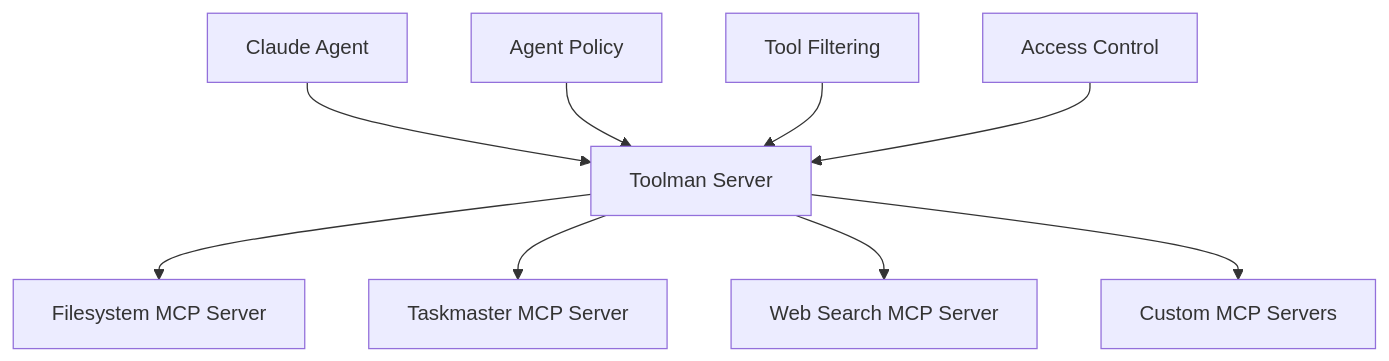
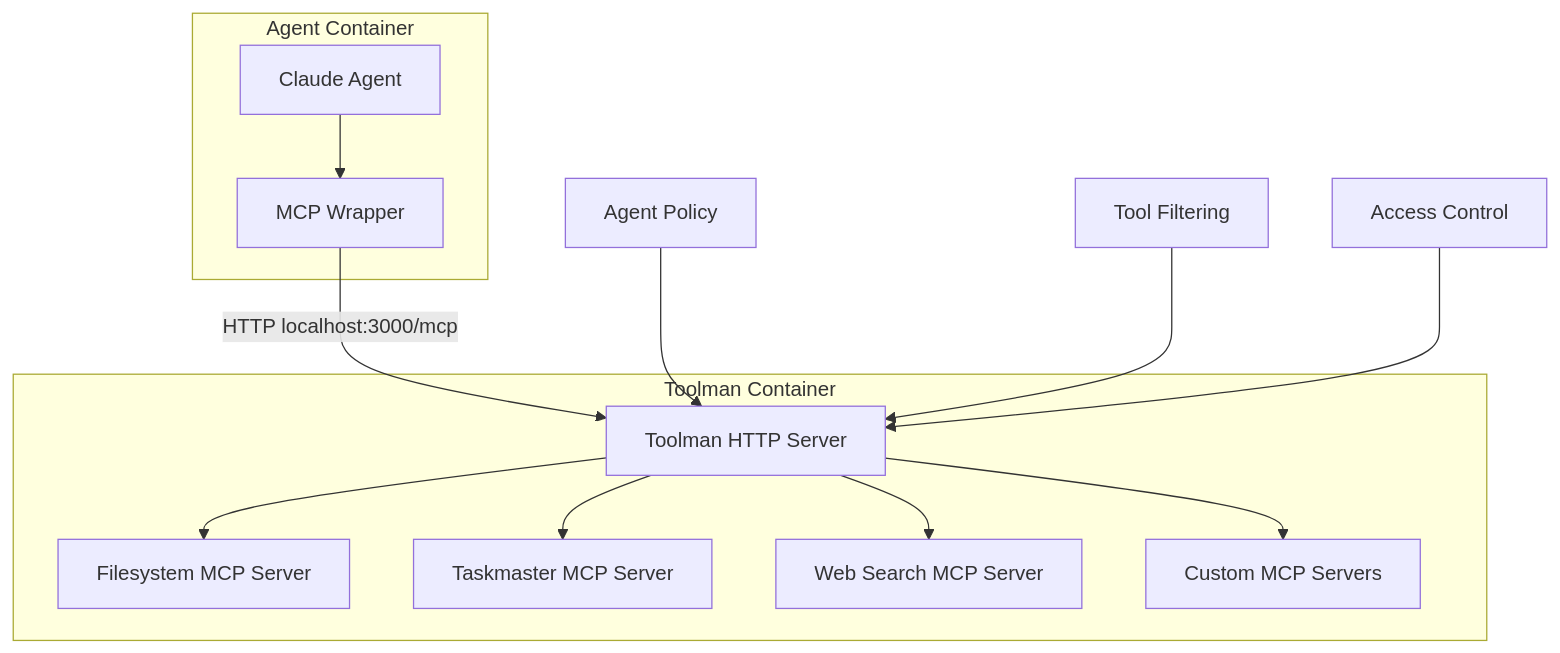
Before and after one commit to 5dlabs/platform: the first of 2 diagrams in docs/toolman-integration-guide.md, drawn with Mermaid. The commit also changed other lines of this file and 8 other files, not shown here.

First line of the commit message:
feat: implement HTTP-based toolman architecture with MCP wrapper

````diff
--- a/docs/toolman-integration-guide.md
+++ b/docs/toolman-integration-guide.md
@@ -9,12 +9,18 @@
 ```mermaid
 graph TD
-    A[Claude Agent] --> B[Toolman Server]
-    B --> C[Filesystem MCP Server]
-    B --> D[Taskmaster MCP Server]
-    B --> E[Web Search MCP Server]
-    B --> F[Custom MCP Servers]
+    subgraph "Agent Container"
+        A[Claude Agent] --> B[MCP Wrapper]
+    end
     
-    G[Agent Policy] --> B
-    H[Tool Filtering] --> B
-    I[Access Control] --> B
+    subgraph "Toolman Container"
+        C[Toolman HTTP Server] --> D[Filesystem MCP Server]
+        C --> E[Taskmaster MCP Server]
+        C --> F[Web Search MCP Server]
+        C --> G[Custom MCP Servers]
+    end
+    
+    B -->|HTTP localhost:3000/mcp| C
+    H[Agent Policy] --> C
+    I[Tool Filtering] --> C
+    J[Access Control] --> C
 ```
````
